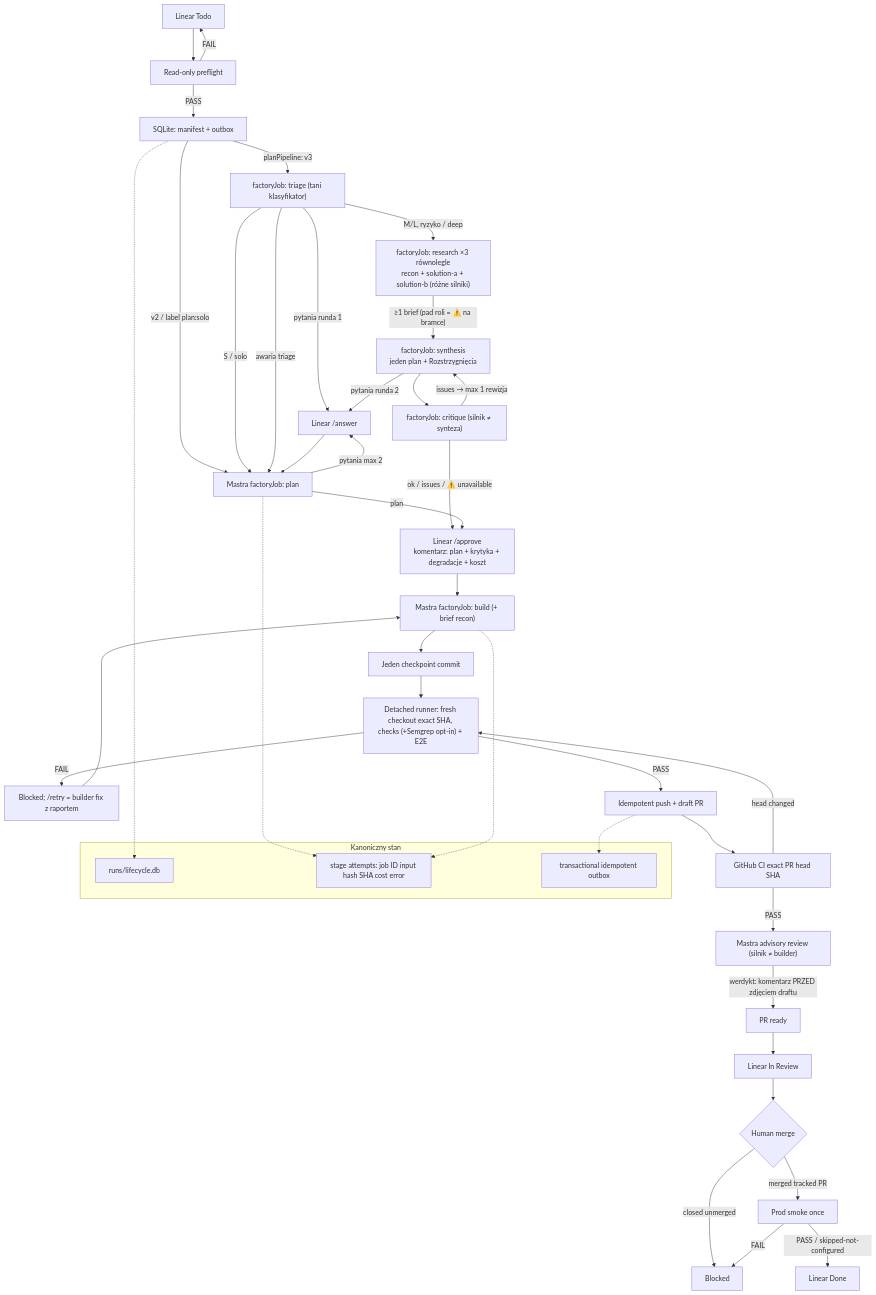
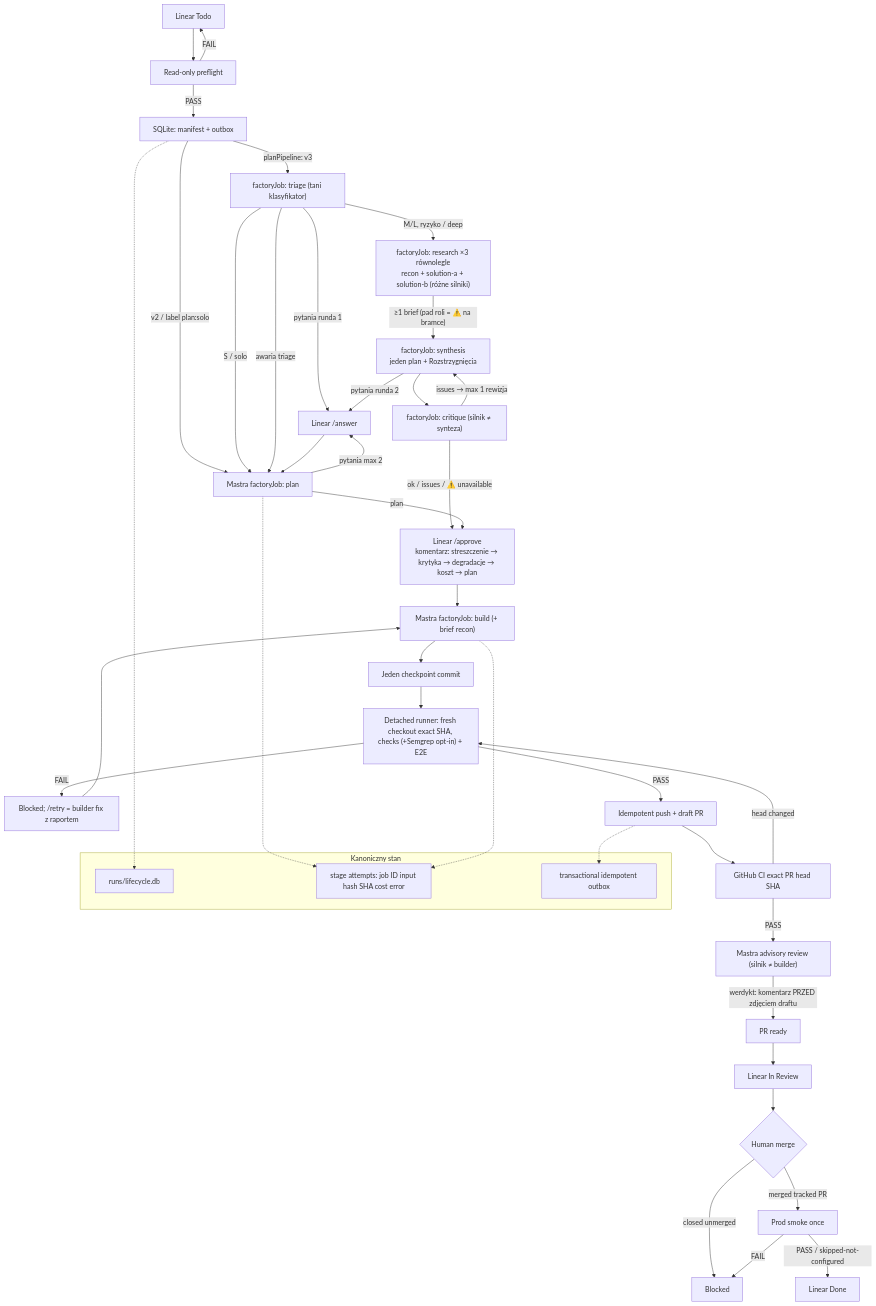
Before and after one commit to bartoszrychlicki/ai-software-factory: the diagram in ai-factory/docs/ticket-flow.md, drawn with Mermaid. The commit also changed other lines of this file and 8 other files, not shown here.

````diff
--- a/ai-factory/docs/ticket-flow.md
+++ b/ai-factory/docs/ticket-flow.md
@@ -3,49 +3,49 @@
 ```mermaid
 flowchart TD
   A["Linear Todo"] --> B["Read-only preflight"]
   B -- "FAIL" --> A
   B -- "PASS" --> C["SQLite: manifest + outbox"]
   C -- "planPipeline: v3" --> TR["factoryJob: triage (tani klasyfikator)"]
   C -- "v2 / label plan:solo" --> D
   TR -- "pytania runda 1" --> E
   TR -- "S / solo" --> D["Mastra factoryJob: plan"]
   TR -- "M/L, ryzyko / deep" --> RS["factoryJob: research ×3 równolegle
 recon + solution-a + solution-b (różne silniki)"]
   TR -- "awaria triage" --> D
   RS -- "≥1 brief (pad roli = ⚠️ na bramce)" --> SY["factoryJob: synthesis
 jeden plan + Rozstrzygnięcia"]
   SY -- "pytania runda 2" --> E
   SY --> CR["factoryJob: critique (silnik ≠ synteza)"]
   CR -- "issues → max 1 rewizja" --> SY
   CR -- "ok / issues / ⚠️ unavailable" --> F
   D -- "pytania max 2" --> E["Linear /answer"]
   E --> D
   D -- "plan" --> F["Linear /approve
-komentarz: plan + krytyka + degradacje + koszt"]
+komentarz: streszczenie → krytyka → degradacje → koszt → plan"]
   F --> G["Mastra factoryJob: build (+ brief recon)"]
   G --> H["Jeden checkpoint commit"]
   H --> I["Detached runner: fresh checkout exact SHA, checks (+Semgrep opt-in) + E2E"]
   I -- "FAIL" --> J["Blocked; /retry = builder fix z raportem"]
   J --> G
   I -- "PASS" --> K["Idempotent push + draft PR"]
   K --> L["GitHub CI exact PR head SHA"]
   L -- "head changed" --> I
   L -- "PASS" --> M["Mastra advisory review (silnik ≠ builder)"]
   M -- "werdykt: komentarz PRZED zdjęciem draftu" --> M2["PR ready"]
   M2 --> N["Linear In Review"]
   N --> O{"Human merge"}
   O -- "closed unmerged" --> X["Blocked"]
   O -- "merged tracked PR" --> P["Prod smoke once"]
   P -- "PASS / skipped-not-configured" --> Q["Linear Done"]
   P -- "FAIL" --> X
 
   subgraph Durable["Kanoniczny stan"]
     R["runs/lifecycle.db"]
     S["stage attempts: job ID input hash SHA cost error"]
     T["transactional idempotent outbox"]
   end
   C -.-> R
   D -.-> S
   G -.-> S
   K -.-> T
 ```
````
